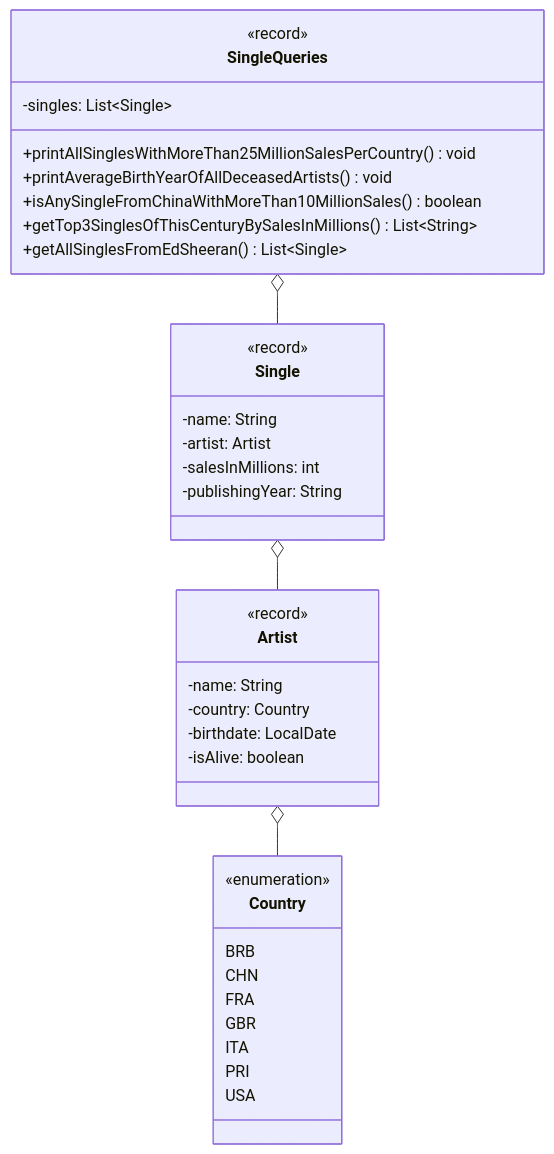
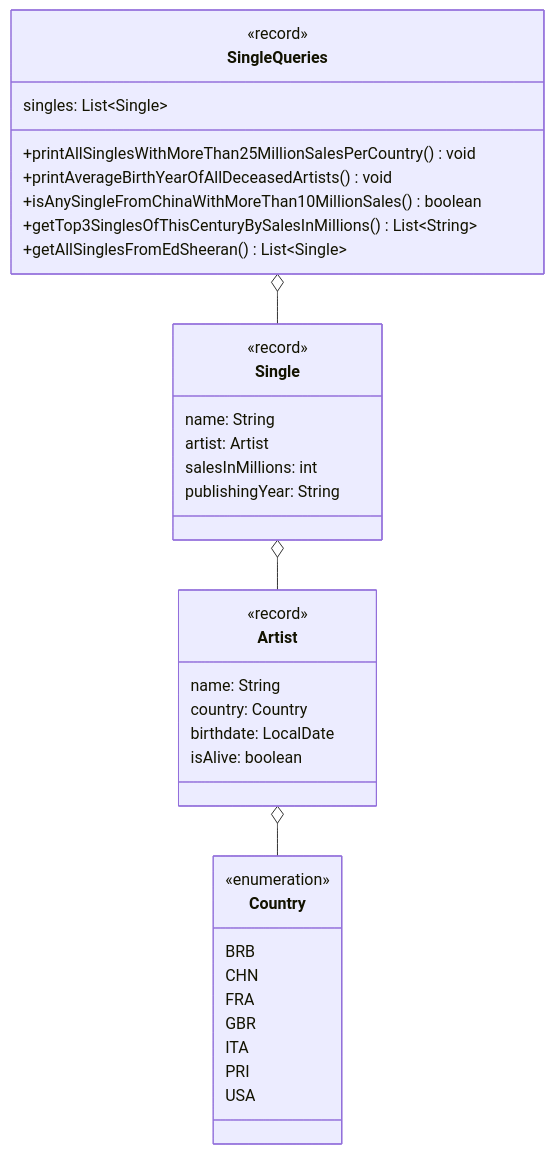
The third of 3 diagrams in docs/additional-material/daniel-java2/sample-exam.md (jappuccini/java-docs), drawn with Mermaid before and after one commit. The commit also changed other lines of this file and 1 other file, not shown here.

````diff
--- a/docs/additional-material/daniel-java2/sample-exam.md
+++ b/docs/additional-material/daniel-java2/sample-exam.md
@@ -272,43 +272,43 @@
 ```mermaid
 classDiagram
     Single o-- Artist
     Artist o-- Country
     SingleQueries o-- Single
 
     class Single {
         <<record>>
-        -name: String
-        -artist: Artist
-        -salesInMillions: int
-        -publishingYear: String
+        name: String
+        artist: Artist
+        salesInMillions: int
+        publishingYear: String
     }
 
     class Artist {
         <<record>>
-        -name: String
-        -country: Country
-        -birthdate: LocalDate
-        -isAlive: boolean
+        name: String
+        country: Country
+        birthdate: LocalDate
+        isAlive: boolean
     }
 
     class Country {
         <<enumeration>>
         BRB
         CHN
         FRA
         GBR
         ITA
         PRI
         USA
     }
 
     class SingleQueries {
         <<record>>
-        -singles: List~Single~
+        singles: List~Single~
         +printAllSinglesWithMoreThan25MillionSalesPerCountry() void
         +printAverageBirthYearOfAllDeceasedArtists() void
         +isAnySingleFromChinaWithMoreThan10MillionSales() boolean
         +getTop3SinglesOfThisCenturyBySalesInMillions() List~String~
         +getAllSinglesFromEdSheeran() List~Single~
     }
 ```
````
